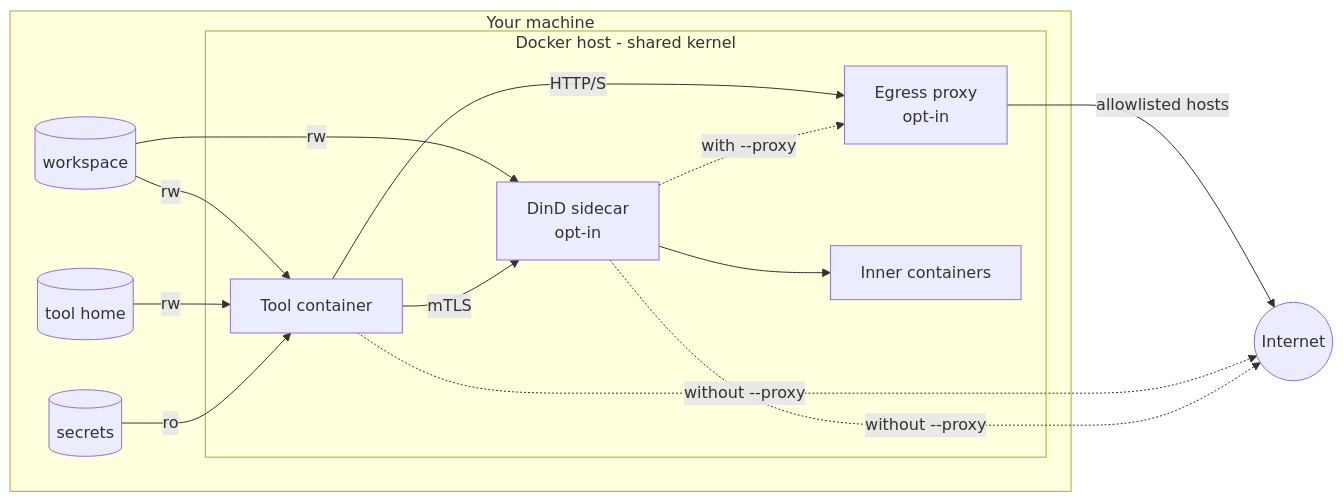
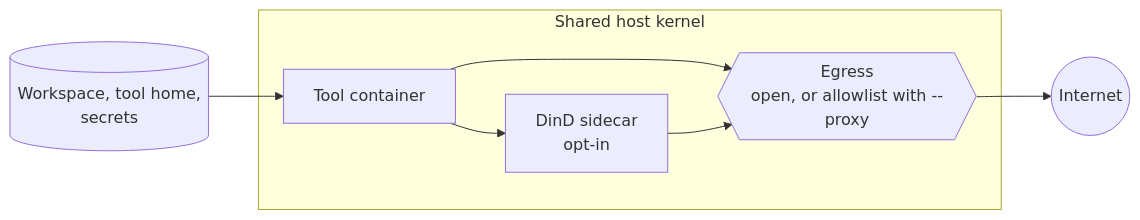
Before and after one commit to dylanvgils/agentic-cli: the diagram in docs/security-model.md, drawn with Mermaid. The commit also changed other lines of this file, not shown here.

Commit message:
update diagram

````diff
--- a/docs/security-model.md
+++ b/docs/security-model.md
@@ -7,25 +7,16 @@
 ```mermaid
 flowchart LR
-    subgraph host[Your machine]
-        ws[(workspace)]
-        th[(tool home)]
-        sec[(secrets)]
-        subgraph docker[Docker host - shared kernel]
-            tool[Tool container]
-            proxy[Egress proxy<br/>opt-in]
-            dind[DinD sidecar<br/>opt-in]
-            inner[Inner containers]
-        end
+    mounts[(Workspace, tool home,<br/>secrets)]
+    subgraph kernel[Shared host kernel]
+        tool[Tool container]
+        dind[DinD sidecar<br/>opt-in]
+        egress{{"Egress<br/>open, or allowlist with --proxy"}}
     end
     net((Internet))
 
-    ws -- rw --> tool
-    th -- rw --> tool
-    sec -- ro --> tool
-    ws -- rw --> dind
-    tool -- HTTP/S --> proxy -- allowlisted hosts --> net
-    tool -- mTLS --> dind --> inner
-    dind -.->|with --proxy| proxy
-    tool -.->|without --proxy| net
-    dind -.->|without --proxy| net
+    mounts --> tool
+    tool --> dind
+    tool --> egress
+    dind --> egress
+    egress --> net
 ```
````
